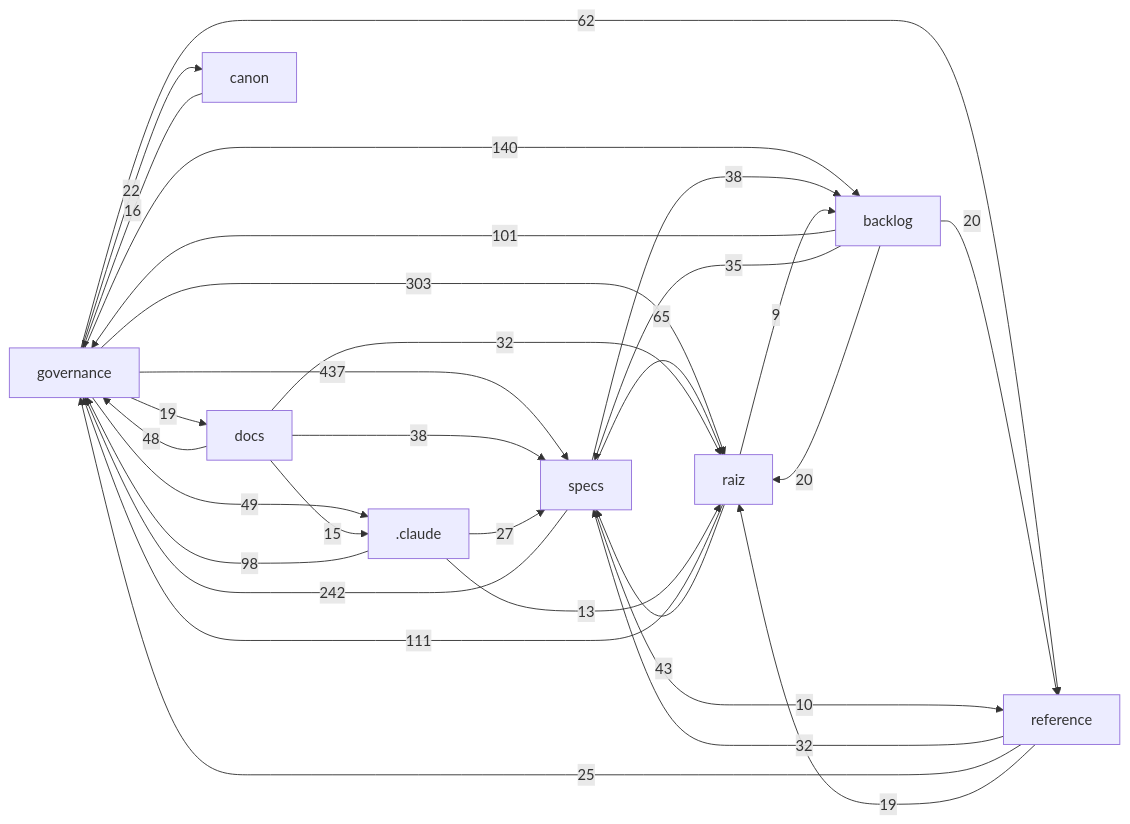
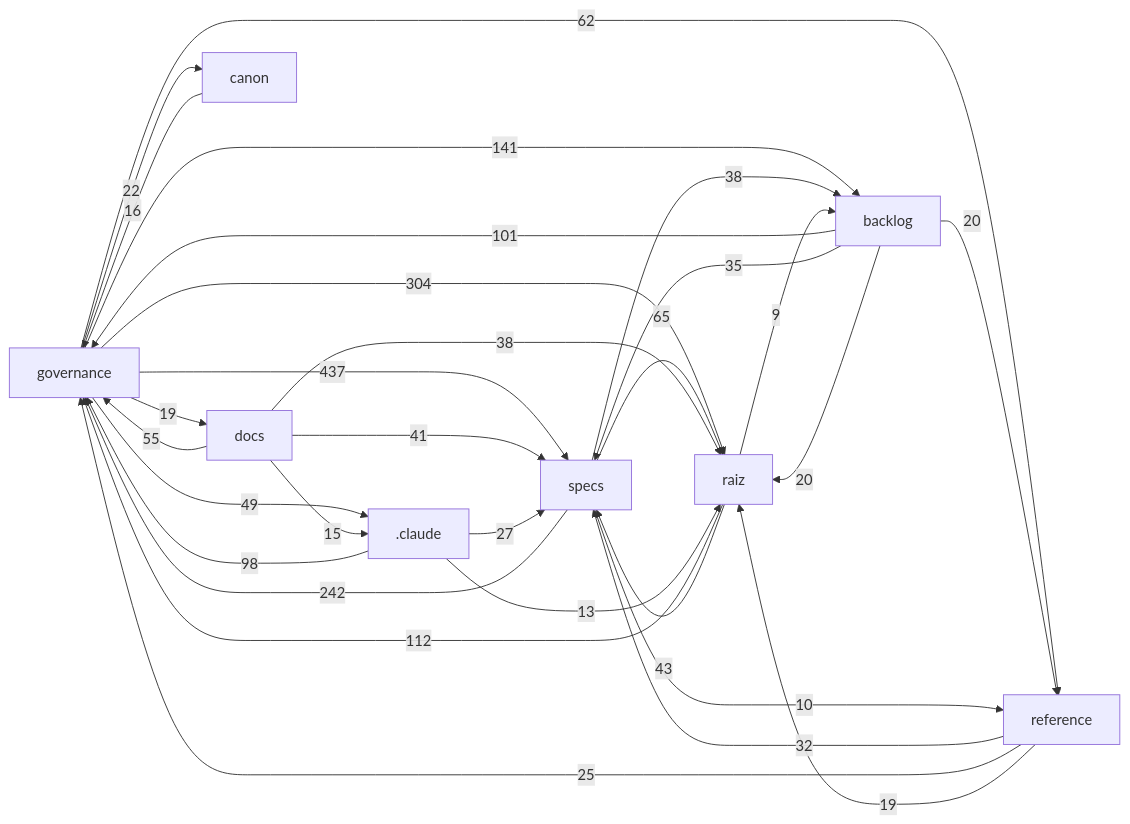
One commit to Andraus35/Sistema-Operacional-de-Trading--SOT changed the diagram in docs/mapa/MAPA-PROJETO.md. Above: the diagram before and after it, drawn with Mermaid. The commit also changed other lines of this file and 4 other files, not shown here.

````diff
--- a/docs/mapa/MAPA-PROJETO.md
+++ b/docs/mapa/MAPA-PROJETO.md
@@ -29,32 +29,32 @@
 ```mermaid
 flowchart LR
   governance["governance"] -->|437| specs["specs"]
-  governance["governance"] -->|303| raiz["raiz"]
+  governance["governance"] -->|304| raiz["raiz"]
   specs["specs"] -->|242| governance["governance"]
-  governance["governance"] -->|140| backlog["backlog"]
-  raiz["raiz"] -->|111| governance["governance"]
+  governance["governance"] -->|141| backlog["backlog"]
+  raiz["raiz"] -->|112| governance["governance"]
   backlog["backlog"] -->|101| governance["governance"]
   _claude[".claude"] -->|98| governance["governance"]
   specs["specs"] -->|65| raiz["raiz"]
   governance["governance"] -->|62| reference["reference"]
+  docs["docs"] -->|55| governance["governance"]
   governance["governance"] -->|49| _claude[".claude"]
-  docs["docs"] -->|48| governance["governance"]
   raiz["raiz"] -->|43| specs["specs"]
-  docs["docs"] -->|38| specs["specs"]
+  docs["docs"] -->|41| specs["specs"]
+  docs["docs"] -->|38| raiz["raiz"]
   specs["specs"] -->|38| backlog["backlog"]
   backlog["backlog"] -->|35| specs["specs"]
-  docs["docs"] -->|32| raiz["raiz"]
   reference["reference"] -->|32| specs["specs"]
   _claude[".claude"] -->|27| specs["specs"]
   reference["reference"] -->|25| governance["governance"]
   governance["governance"] -->|22| canon["canon"]
   backlog["backlog"] -->|20| raiz["raiz"]
   backlog["backlog"] -->|20| reference["reference"]
   governance["governance"] -->|19| docs["docs"]
   reference["reference"] -->|19| raiz["raiz"]
   canon["canon"] -->|16| governance["governance"]
   docs["docs"] -->|15| _claude[".claude"]
   _claude[".claude"] -->|13| raiz["raiz"]
   specs["specs"] -->|10| reference["reference"]
   raiz["raiz"] -->|9| backlog["backlog"]
 ```
````
